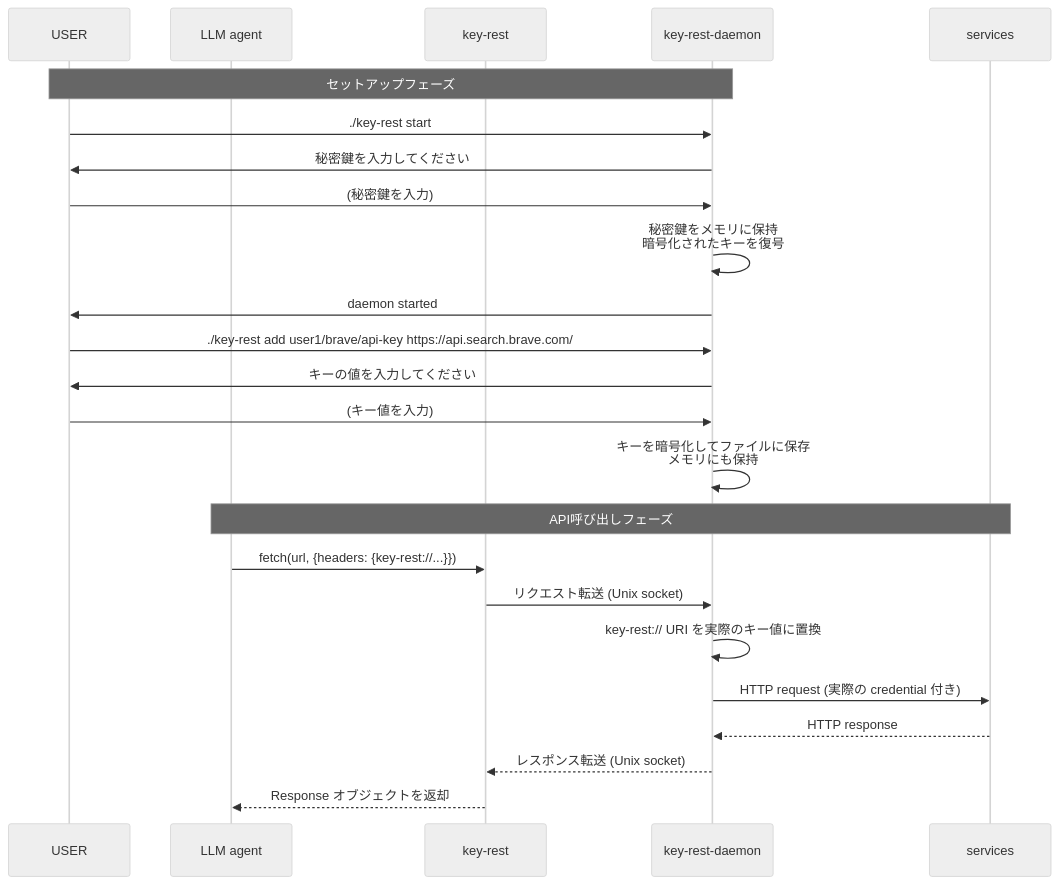
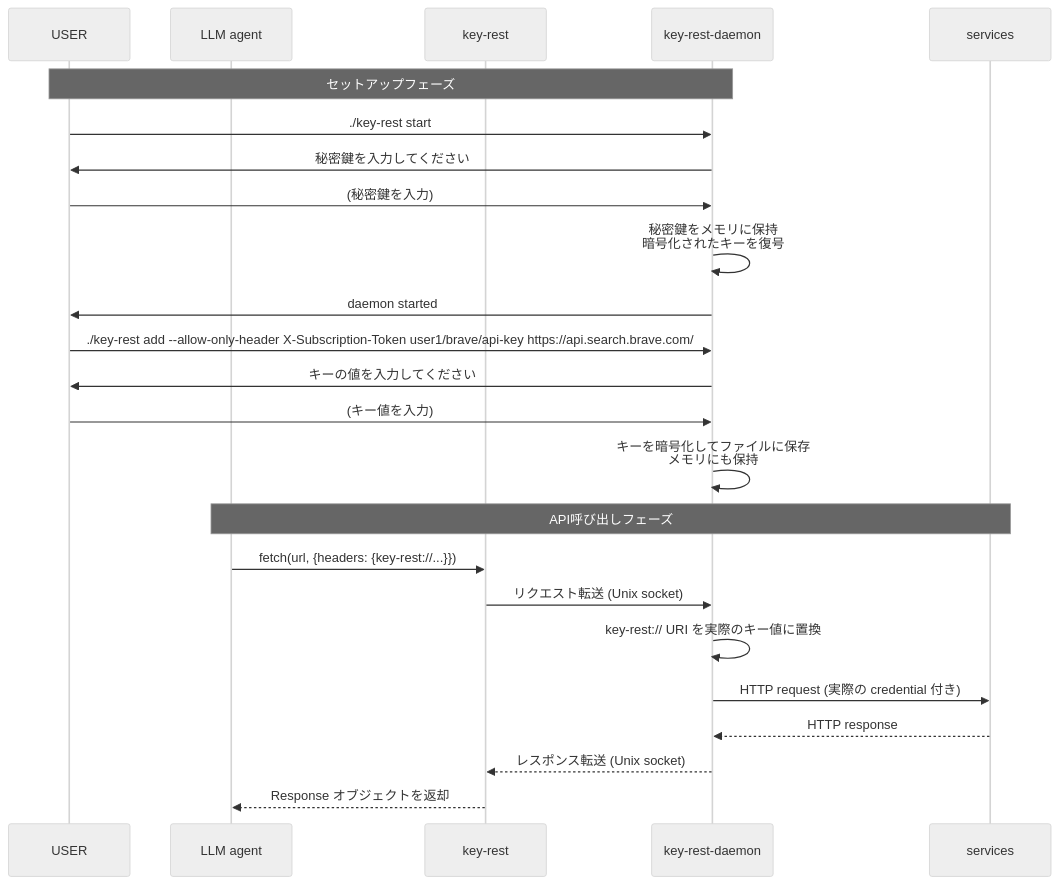
One commit to koteitan/key-rest changed the second of 3 diagrams in README-ja.md. Above: the diagram before and after it, drawn with Mermaid (neutral theme). The commit also changed other lines of this file and 67 other files, not shown here.

First line of the commit message:
v0.2.13/Add --allow-only-* fine-grained credential placement restrictions

````diff
--- a/README-ja.md
+++ b/README-ja.md
@@ -43,29 +43,29 @@
 ```mermaid
 sequenceDiagram
     participant U as USER
     participant A as LLM agent
     participant K as key-rest
     participant D as key-rest-daemon
     participant S as services
 
     Note over U,D: セットアップフェーズ
     U->>D: ./key-rest start
     D->>U: 秘密鍵を入力してください
     U->>D: (秘密鍵を入力)
     D->>D: 秘密鍵をメモリに保持<br/>暗号化されたキーを復号
     D->>U: daemon started
 
-    U->>D: ./key-rest add user1/brave/api-key https://api.search.brave.com/
+    U->>D: ./key-rest add --allow-only-header X-Subscription-Token user1/brave/api-key https://api.search.brave.com/
     D->>U: キーの値を入力してください
     U->>D: (キー値を入力)
     D->>D: キーを暗号化してファイルに保存<br/>メモリにも保持
 
     Note over A,S: API呼び出しフェーズ
     A->>K: fetch(url, {headers: {key-rest://...}})
     K->>D: リクエスト転送 (Unix socket)
     D->>D: key-rest:// URI を実際のキー値に置換
     D->>S: HTTP request (実際の credential 付き)
     S-->>D: HTTP response
     D-->>K: レスポンス転送 (Unix socket)
     K-->>A: Response オブジェクトを返却
 ```
````
